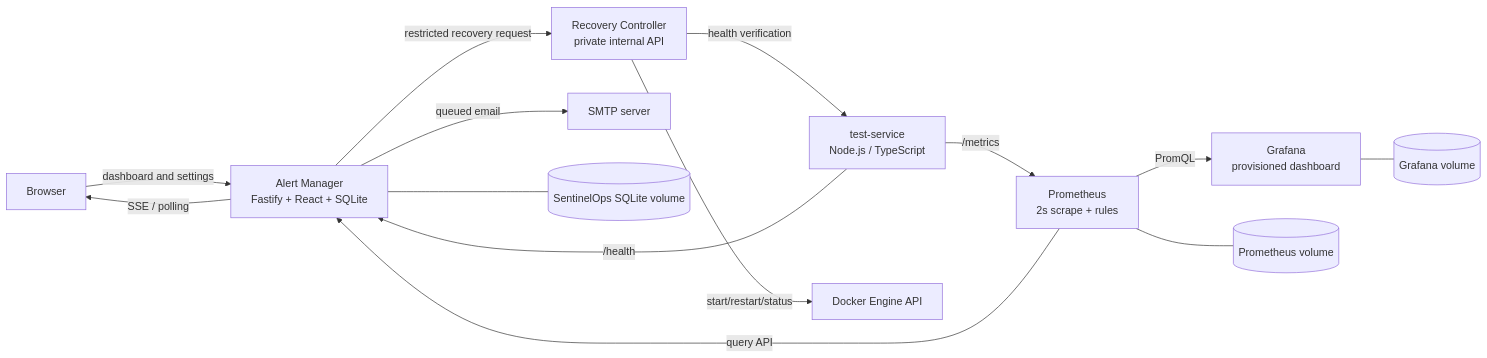
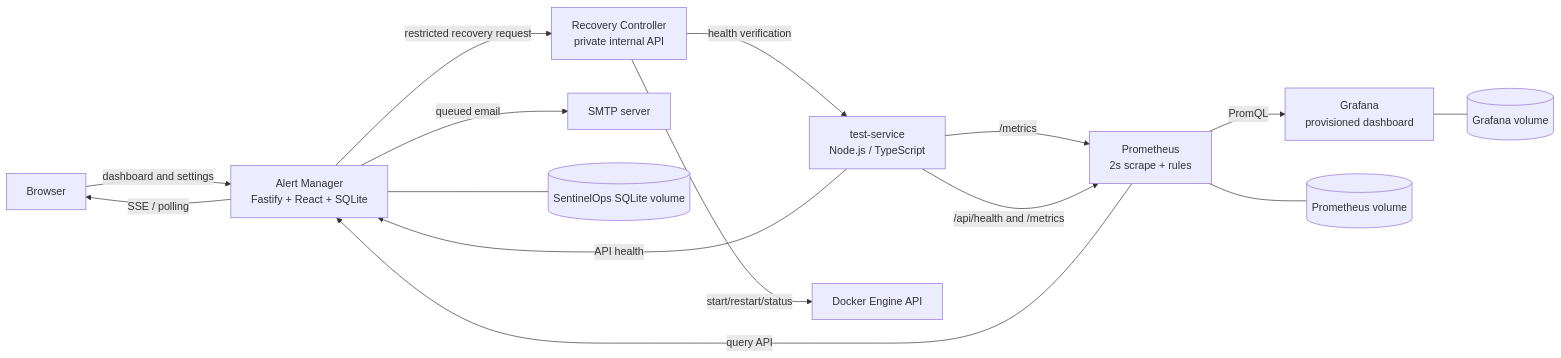
The first of 6 diagrams in README.md (NonCoderF/SentinalOops), drawn with Mermaid before and after one commit. The commit also changed other lines of this file and 10 other files, not shown here.

```diff
--- a/README.md
+++ b/README.md
@@ -81,28 +131,29 @@
 ~~~mermaid
 flowchart LR
     B[Browser]
     T[test-service<br/>Node.js / TypeScript]
     P[Prometheus<br/>2s scrape + rules]
     G[Grafana<br/>provisioned dashboard]
     A[Alert Manager<br/>Fastify + React + SQLite]
     R[Recovery Controller<br/>private internal API]
     D[Docker Engine API]
     S[SMTP server]
     V1[(Prometheus volume)]
     V2[(Grafana volume)]
     V3[(SentinelOps SQLite volume)]
 
     T -- /metrics --> P
-    T -- /health --> A
+    T -- /api/health and /metrics --> P
+    T -- API health --> A
     P -- query API --> A
     P -- PromQL --> G
     A -- SSE / polling --> B
     B -- dashboard and settings --> A
     A -- queued email --> S
     A -- restricted recovery request --> R
     R -- start/restart/status --> D
     R -- health verification --> T
     P --- V1
     G --- V2
     A --- V3
 ~~~
```
